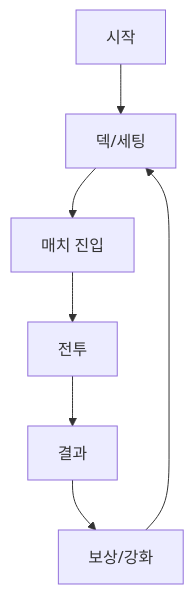
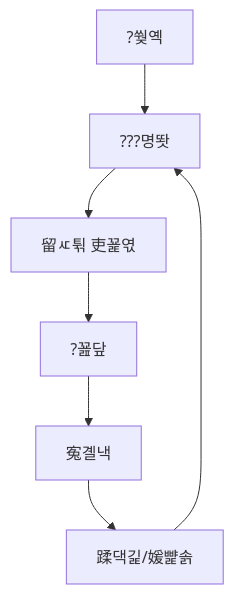
One commit to rs1017/godot-001-card-battle changed the first of 2 diagrams in docs/plans/templates/game_plan_format_kr.md. Above: the diagram before and after it, drawn with Mermaid. The commit also changed other lines of this file and 113 other files, not shown here.

````diff
--- a/docs/plans/templates/game_plan_format_kr.md
+++ b/docs/plans/templates/game_plan_format_kr.md
@@ -81,9 +81,9 @@
 ```mermaid
 flowchart TD
-A[시작] --> B[덱/세팅]
-B --> C[매치 진입]
-C --> D[전투]
-D --> E[결과]
-E --> F[보상/강화]
+A[?쒖옉] --> B[???명똿]
+B --> C[留ㅼ튂 吏꾩엯]
+C --> D[?꾪닾]
+D --> E[寃곌낵]
+E --> F[蹂댁긽/媛뺥솕]
 F --> B
 ```
````
